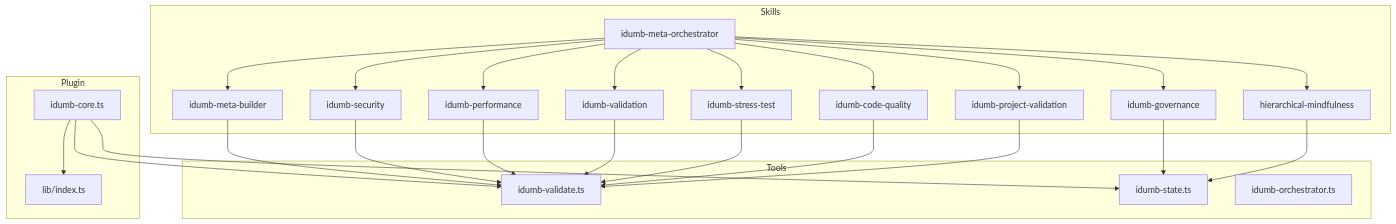
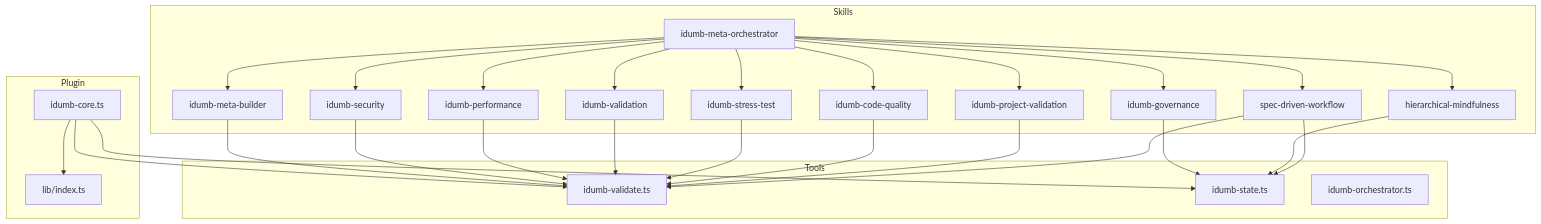
The first of 3 diagrams in .qoder/repowiki/en/content/Skill System/Skill System.md (shynlee04/idumb-plugin), drawn with Mermaid before and after one commit. The commit also changed other lines of this file and 19 other files, not shown here.

````diff
--- a/.qoder/repowiki/en/content/Skill System/Skill System.md
+++ b/.qoder/repowiki/en/content/Skill System/Skill System.md
@@ -40,45 +49,49 @@
 ```mermaid
 graph TB
 subgraph "Skills"
 A["idumb-governance"]
 B["idumb-meta-builder"]
 C["idumb-security"]
 D["idumb-performance"]
 E["idumb-validation"]
 F["idumb-stress-test"]
 G["idumb-code-quality"]
 H["idumb-project-validation"]
 I["hierarchical-mindfulness"]
 J["idumb-meta-orchestrator"]
+K["spec-driven-workflow"]
 end
 subgraph "Tools"
 T1["idumb-validate.ts"]
 T2["idumb-state.ts"]
 T3["idumb-orchestrator.ts"]
 end
 subgraph "Plugin"
 P1["idumb-core.ts"]
 P2["lib/index.ts"]
 end
 J --> A
 J --> B
 J --> C
 J --> D
 J --> E
 J --> F
 J --> G
 J --> H
 J --> I
+J --> K
 A --> T2
 B --> T1
 C --> T1
 D --> T1
 E --> T1
 F --> T1
 G --> T1
 H --> T1
 I --> T2
+K --> T1
+K --> T2
 P1 --> P2
 P1 --> T2
 P1 --> T1
 ```
````
